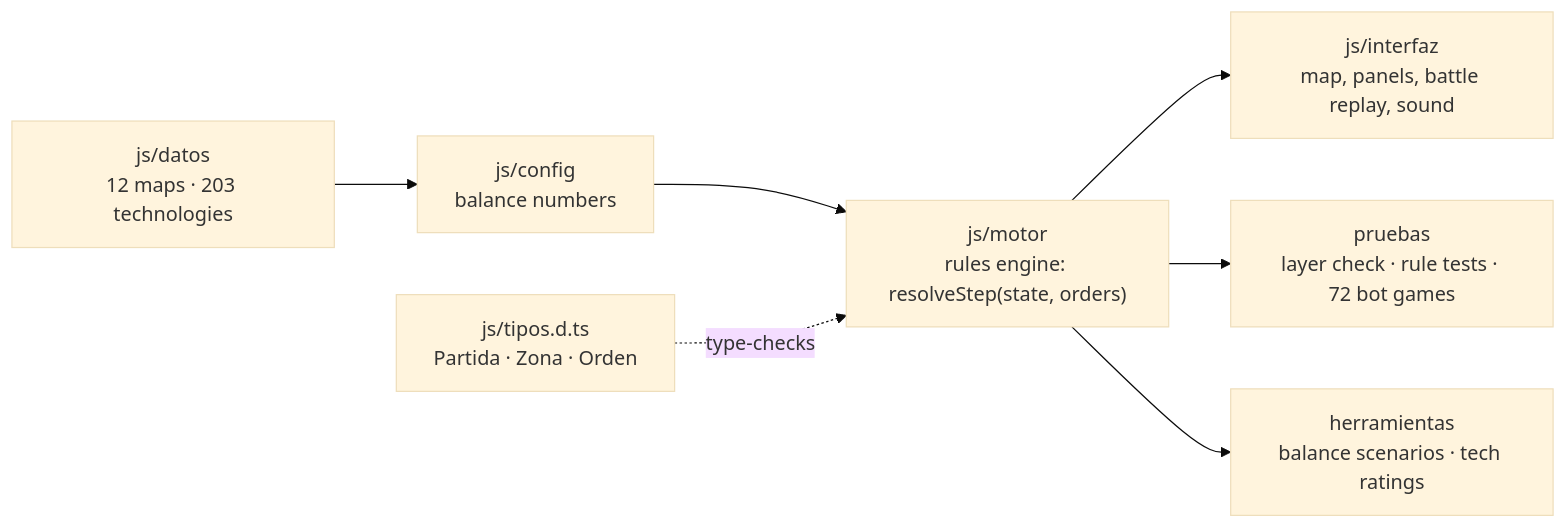
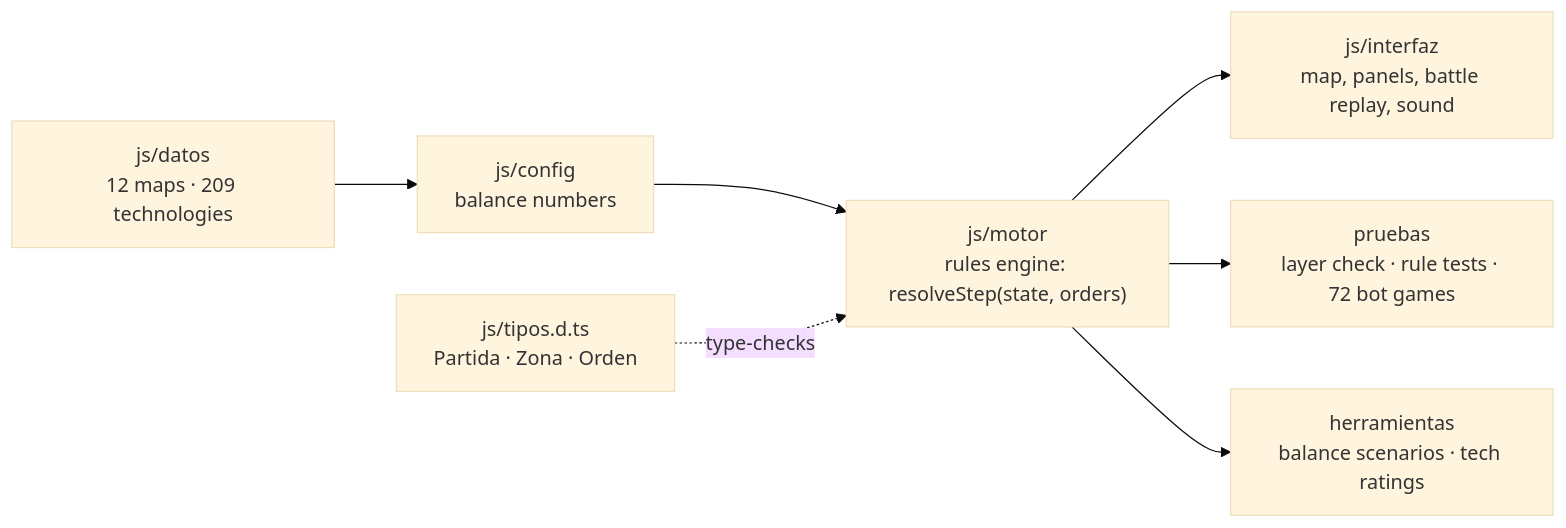
The diagram in README.md (Alejandroinfo/Imperial-steps), drawn with Mermaid (base theme) before and after one commit. The commit also changed other lines of this file and 36 other files, not shown here.

````diff
--- a/README.md
+++ b/README.md
@@ -56,9 +56,9 @@
 ```mermaid
 flowchart LR
-  D["js/datos<br/>12 maps · 203 technologies"] --> C["js/config<br/>balance numbers"]
+  D["js/datos<br/>12 maps · 209 technologies"] --> C["js/config<br/>balance numbers"]
   C --> E["js/motor<br/>rules engine: resolveStep(state, orders)"]
   E --> I["js/interfaz<br/>map, panels, battle replay, sound"]
   T["js/tipos.d.ts<br/>Partida · Zona · Orden"] -. type-checks .-> E
   E --> P["pruebas<br/>layer check · rule tests · 72 bot games"]
   E --> H["herramientas<br/>balance scenarios · tech ratings"]
 ```
````
